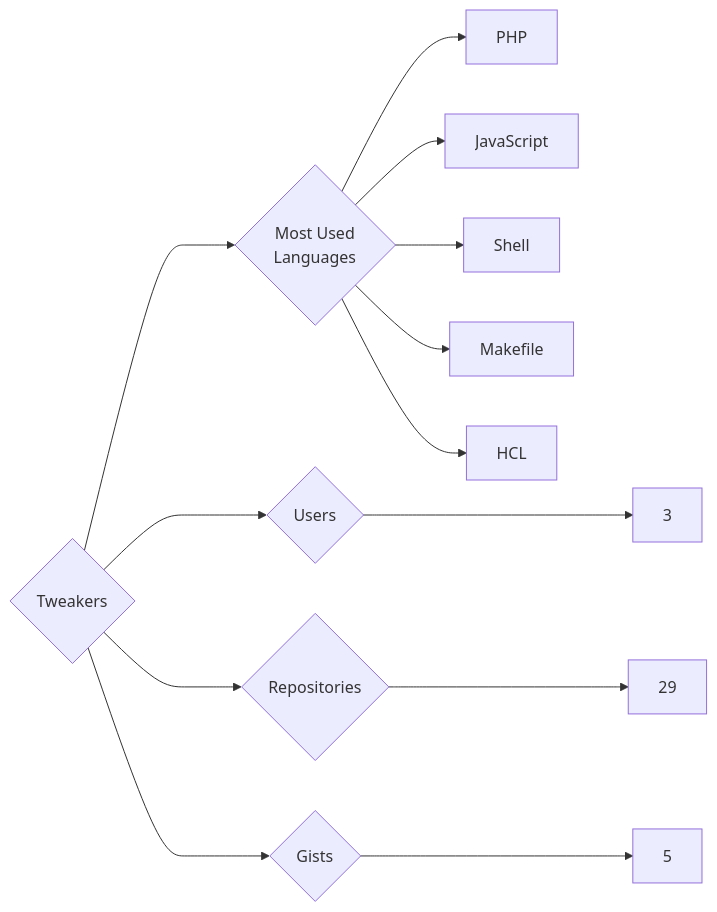
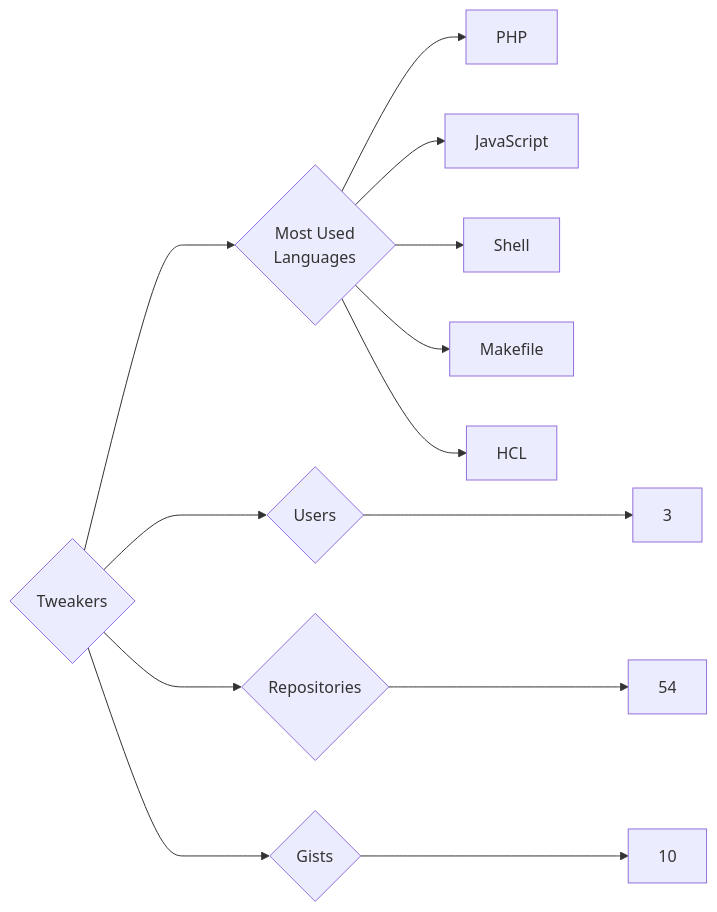
Before and after one commit to trickest/insiders: the diagram in targets/Tweakers/README.md, drawn with Mermaid. The commit also changed 928 other files, not shown here.

````diff
--- a/targets/Tweakers/README.md
+++ b/targets/Tweakers/README.md
@@ -3,13 +3,13 @@
 ```mermaid
 graph LR
 COMPANY_NAME{Tweakers}
 COMPANY_NAME ---> U{Users} ---> UN[3]
-COMPANY_NAME ---> R{Repositories} ---> RN[29]
-COMPANY_NAME ---> G{Gists} ---> GN[5]
+COMPANY_NAME ---> R{Repositories} ---> RN[54]
+COMPANY_NAME ---> G{Gists} ---> GN[10]
 COMPANY_NAME ---> ML{Most Used<br>Languages}
 ML --> PHP[PHP]
 ML --> JavaScript[JavaScript]
 ML --> Shell[Shell]
 ML --> Makefile[Makefile]
 ML --> HCL[HCL]
 ```
````
